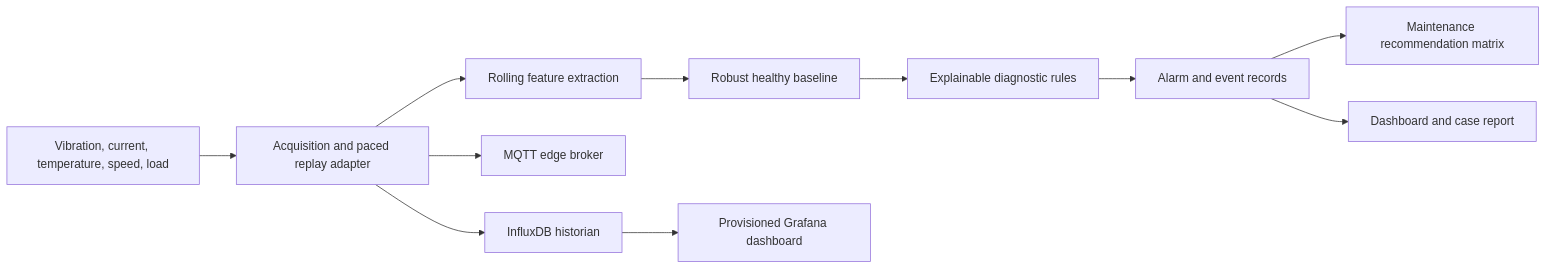
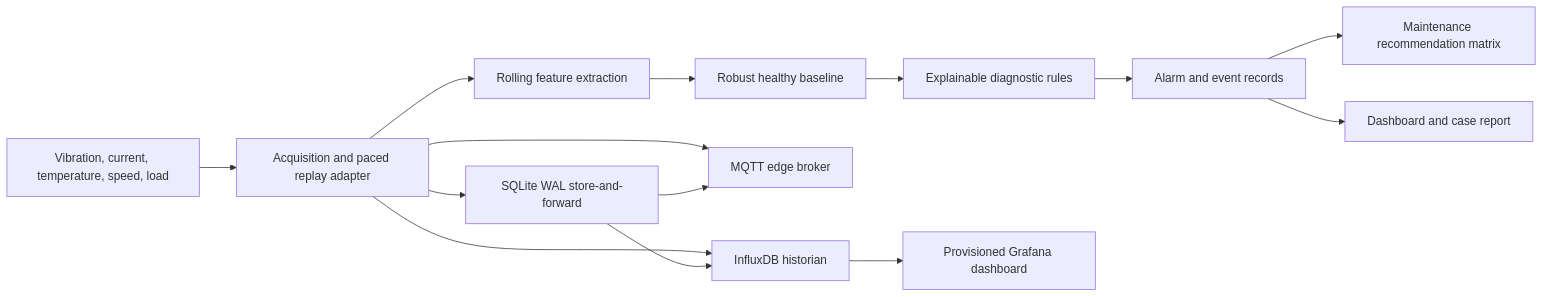
The diagram in docs/architecture.md (chad416/reliability-predictive-maintenance-layer), drawn with Mermaid before and after one commit. The commit also changed other lines of this file and 12 other files, not shown here.

Commit message:
Add durable telemetry store and forward

````diff
--- a/docs/architecture.md
+++ b/docs/architecture.md
@@ -9,13 +9,16 @@
 ```mermaid
 flowchart LR
   Sensors["Vibration, current, temperature, speed, load"] --> Acquisition["Acquisition and paced replay adapter"]
   Acquisition --> Feature["Rolling feature extraction"]
   Feature --> Baseline["Robust healthy baseline"]
   Baseline --> Diagnostics["Explainable diagnostic rules"]
   Diagnostics --> Alerts["Alarm and event records"]
   Alerts --> Maint["Maintenance recommendation matrix"]
   Alerts --> Dashboard["Dashboard and case report"]
   Acquisition --> MQTT["MQTT edge broker"]
   Acquisition --> Historian["InfluxDB historian"]
+  Acquisition --> Spool["SQLite WAL store-and-forward"]
+  Spool --> Historian
+  Spool --> MQTT
   Historian --> Grafana["Provisioned Grafana dashboard"]
 ```
````
